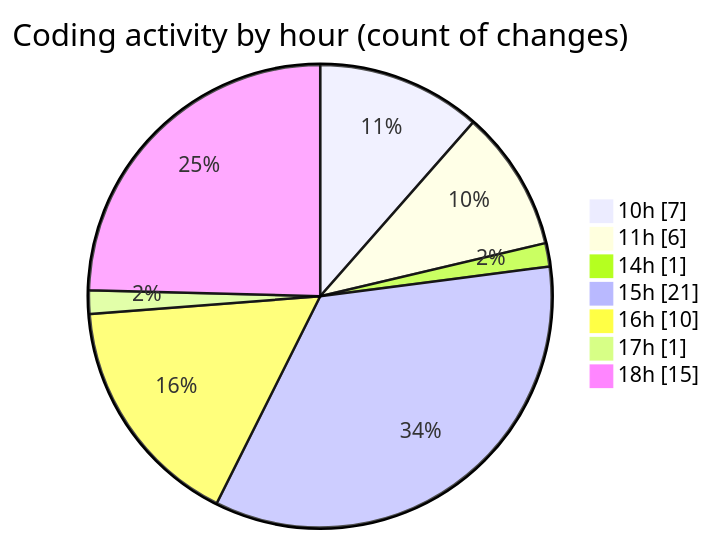
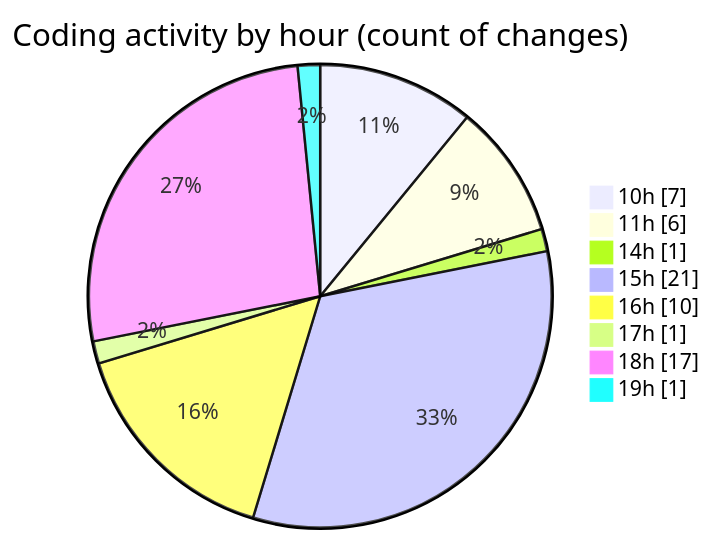
The second of 2 diagrams in 2025-11-18/nxtqube_webapp/README.md (nxtqubesakshisongat/code-tracking), drawn with Mermaid before and after one commit. The commit also changed other lines of this file and 1 other file, not shown here.

````diff
--- a/2025-11-18/nxtqube_webapp/README.md
+++ b/2025-11-18/nxtqube_webapp/README.md
@@ -36,11 +36,12 @@
 ```mermaid
 pie showData
 title Coding activity by hour (count of changes)
 "10h" : 7
 "11h" : 6
 "14h" : 1
 "15h" : 21
 "16h" : 10
 "17h" : 1
-"18h" : 15
+"18h" : 17
+"19h" : 1
 ```
````
